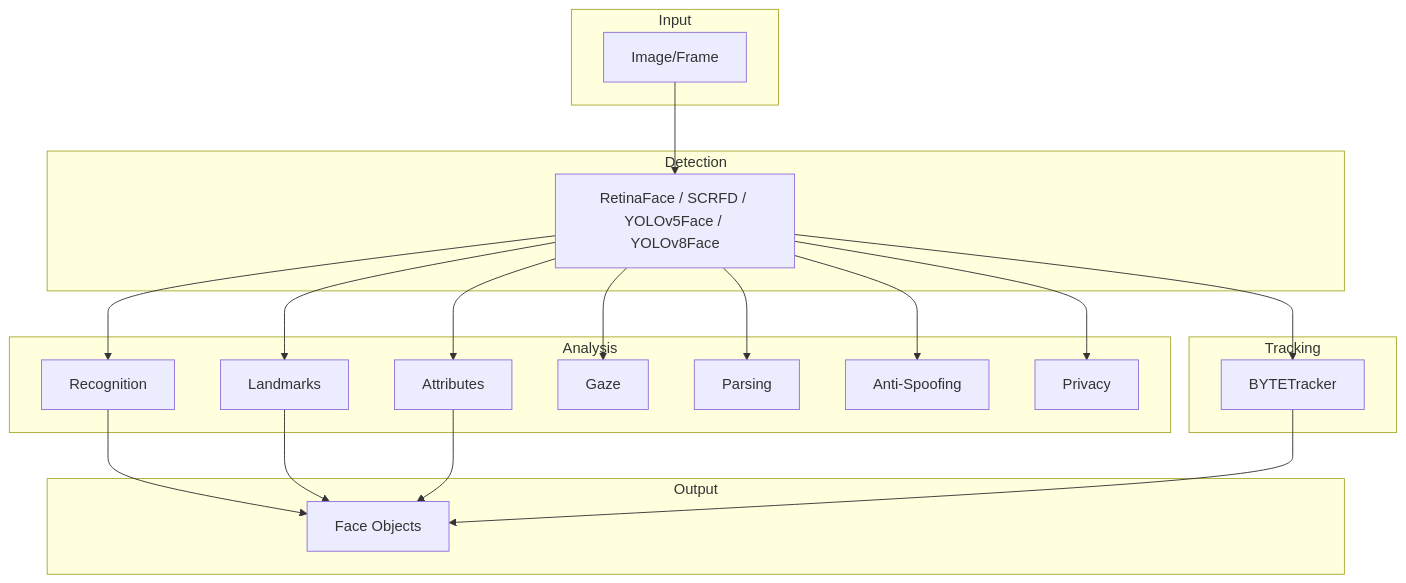
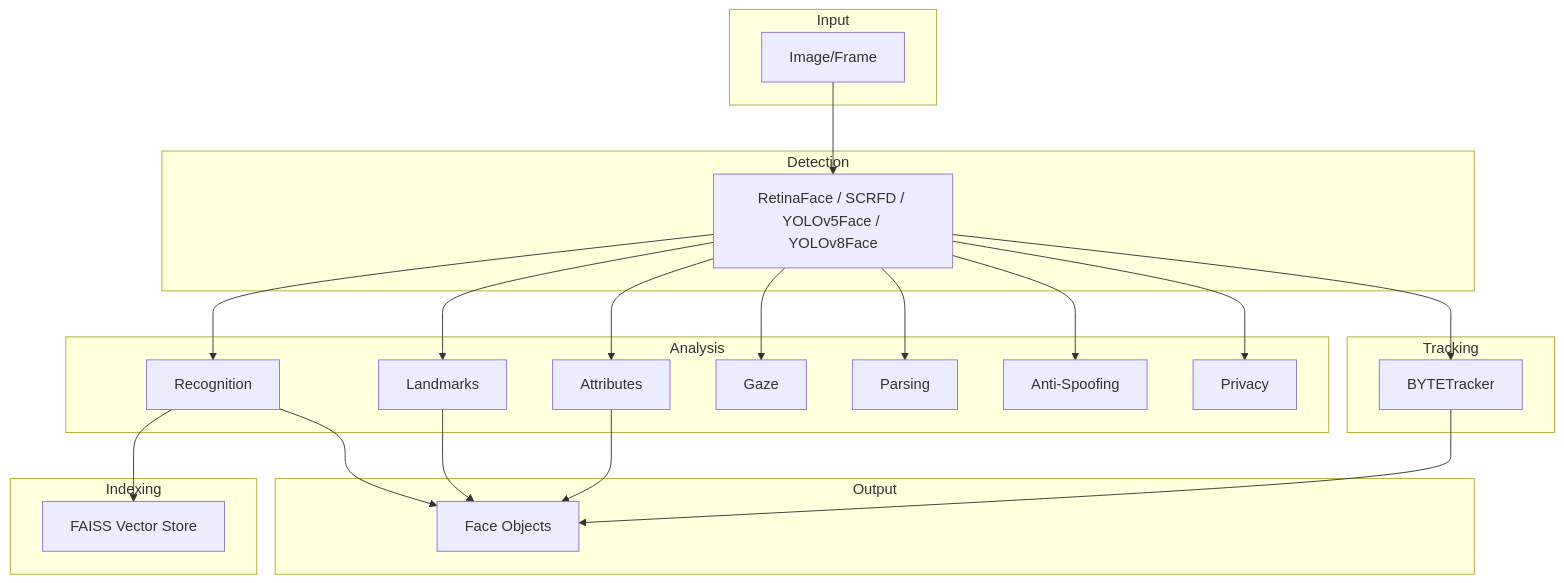
One commit to yakhyo/uniface changed the diagram in docs/concepts/overview.md. Above: the diagram before and after it, drawn with Mermaid. The commit also changed other lines of this file and 14 other files, not shown here.

First line of the commit message:
feat: Add FAISS vector DB support for fast search (#86)

````diff
--- a/docs/concepts/overview.md
+++ b/docs/concepts/overview.md
@@ -11,42 +11,47 @@
 ```mermaid
 graph TB
     subgraph Input
         IMG[Image/Frame]
     end
 
     subgraph Detection
         DET[RetinaFace / SCRFD / YOLOv5Face / YOLOv8Face]
     end
 
     subgraph Analysis
         REC[Recognition]
         LMK[Landmarks]
         ATTR[Attributes]
         GAZE[Gaze]
         PARSE[Parsing]
         SPOOF[Anti-Spoofing]
         PRIV[Privacy]
     end
 
     subgraph Tracking
         TRK[BYTETracker]
     end
 
+    subgraph Indexing
+        IDX[FAISS Vector Store]
+    end
+
     subgraph Output
         FACE[Face Objects]
     end
 
     IMG --> DET
     DET --> REC
     DET --> LMK
     DET --> ATTR
     DET --> GAZE
     DET --> PARSE
     DET --> SPOOF
     DET --> PRIV
     DET --> TRK
+    REC --> IDX
     REC --> FACE
     LMK --> FACE
     ATTR --> FACE
     TRK --> FACE
 ```
````
